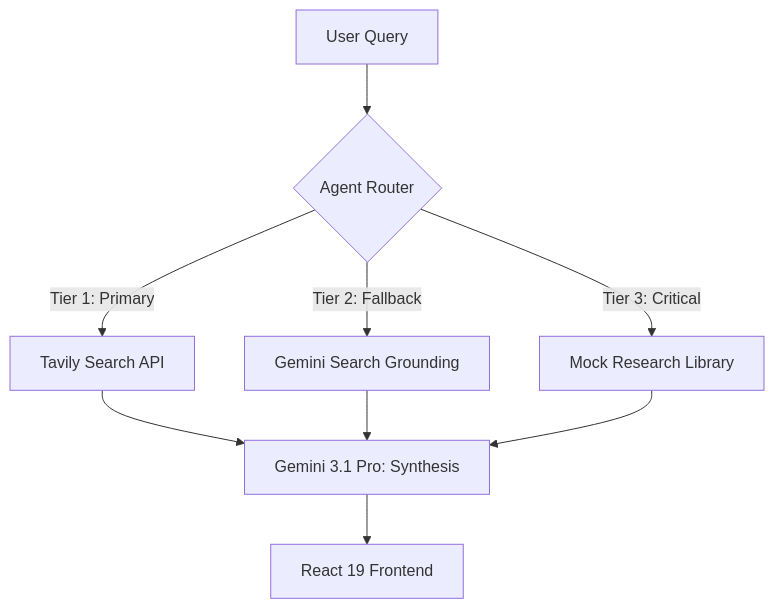
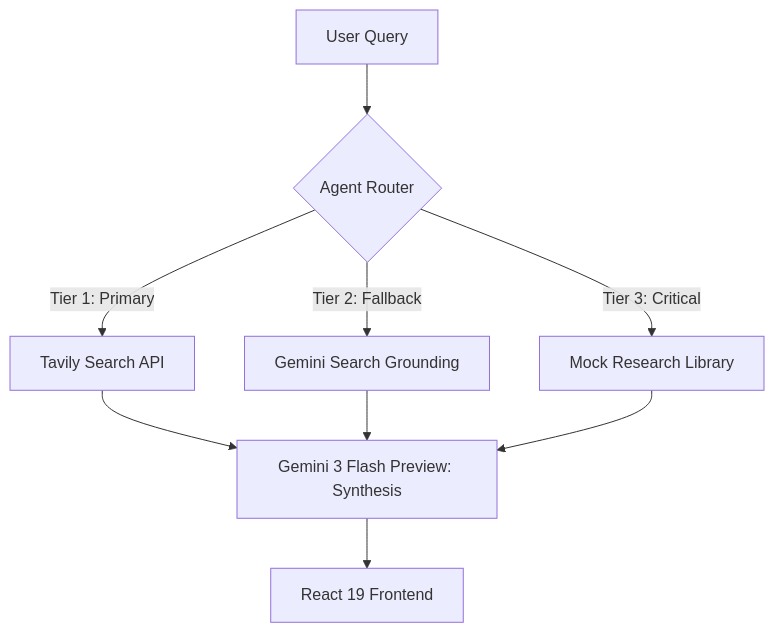
Before and after one commit to naresh-kamarthy/lume-research-engine: the diagram in README.md, drawn with Mermaid. The commit also changed other lines of this file and 11 other files, not shown here.

````diff
--- a/README.md
+++ b/README.md
@@ -19,11 +26,11 @@
 ```mermaid
 graph TD
     A[User Query] --> B{Agent Router}
     B -- Tier 1: Primary --> C[Tavily Search API]
     B -- Tier 2: Fallback --> D[Gemini Search Grounding]
     B -- Tier 3: Critical --> E[Mock Research Library]
-    C --> F[Gemini 3.1 Pro: Synthesis]
+    C --> F[Gemini 3 Flash Preview: Synthesis]
     D --> F
     E --> F
     F --> G[React 19 Frontend]
 ```
````
